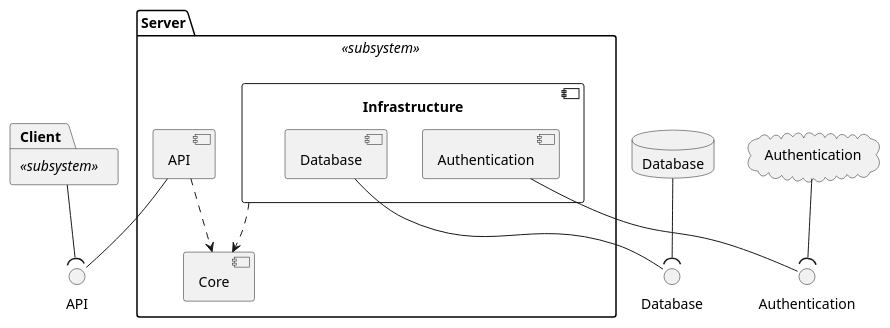
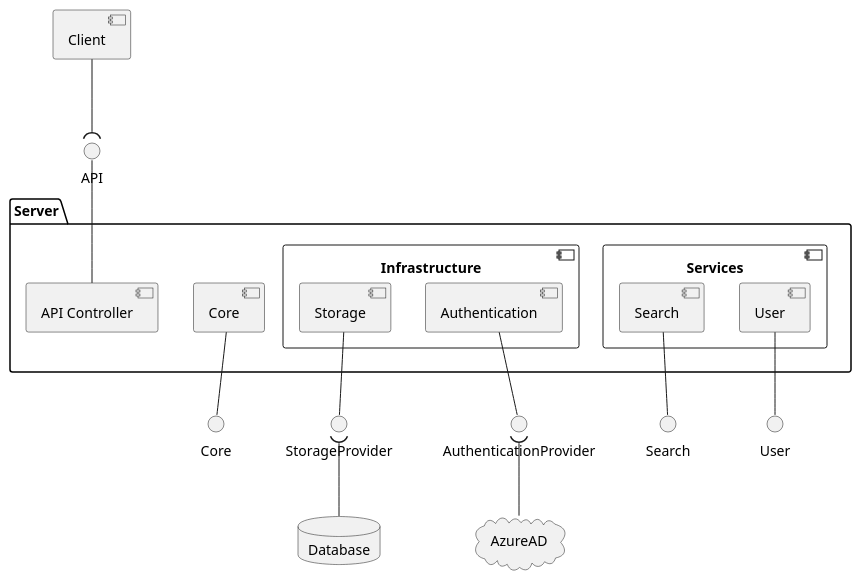
Before and after one commit to toffernator/blueberry: the diagram in docs/uml/ball-and-socket-subsystem-decomp.puml, drawn with PlantUML.

Commit message:
Add Ball and Socket Subsystem Decomp

```diff
--- a/docs/uml/ball-and-socket-subsystem-decomp.puml
+++ b/docs/uml/ball-and-socket-subsystem-decomp.puml
@@ -1,32 +1,41 @@
 @startuml
 
-package "Client" <<subsystem>>
-cloud Authentication
-database Database
+component Client
 
-package "Server" <<subsystem>> {
+() API
+() Core as ICore
+
+() StorageProvider
+() AuthenticationProvider
+
+() Search as ISearch
+() User as IUser
+
+package Server {
     [Core]
-    [API]
+    [API Controller] as APIController
     component "Infrastructure" {
-        [Database] as InfDb
+        [Storage]
         [Authentication] as InfAuth
+    }
+    component "Services" {
+        [Search]
+        [User]
     }
 }
 
-() Database as IDb
-() Authentication as IAuth
-() API as IAPI
+database Database
+cloud AzureAD
 
-InfDb -- IDb
-InfAuth -- IAuth
+API -- APIController
+Search -- ISearch
+User -- IUser
+InfAuth -- AuthenticationProvider
+Storage -- StorageProvider
+Core -- ICore
 
-Infrastructure ..> Core
-API ..> Core
-
-API -- IAPI
-Client --( IAPI
-
-Database --( IDb
-Authentication --( IAuth
+Client --( API
+Database -up-( StorageProvider
+AzureAD -up-( AuthenticationProvider
 
 @enduml
```
